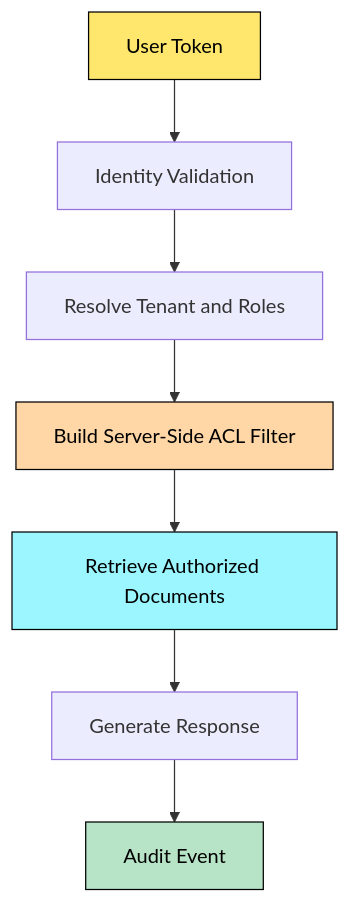
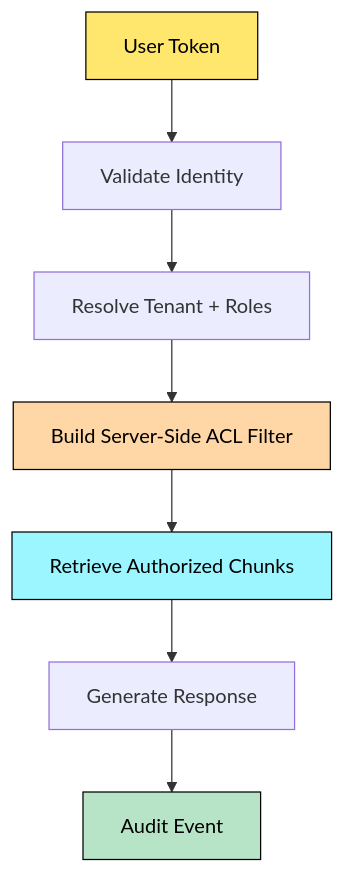
The fourth of 4 diagrams in 05-GenAI-RAG-Interview-QA.md (azam123/Engineering-Interview-Prep), drawn with Mermaid before and after one commit. The commit also changed other lines of this file, not shown here.

````diff
--- a/05-GenAI-RAG-Interview-QA.md
+++ b/05-GenAI-RAG-Interview-QA.md
@@ -288,14 +254,14 @@
 ```mermaid
 flowchart TD
-    A[User Token] --> B[Identity Validation]
-    B --> C[Resolve Tenant and Roles]
+    A[User Token] --> B[Validate Identity]
+    B --> C[Resolve Tenant + Roles]
     C --> D[Build Server-Side ACL Filter]
-    D --> E[Retrieve Authorized Documents]
+    D --> E[Retrieve Authorized Chunks]
     E --> F[Generate Response]
     F --> G[Audit Event]
 
     style A fill:#ffe66d,color:#000,stroke:#000
     style D fill:#ffd6a5,color:#000,stroke:#000
     style E fill:#9bf6ff,color:#000,stroke:#000
     style G fill:#b7e4c7,color:#000,stroke:#000
 ```
````
